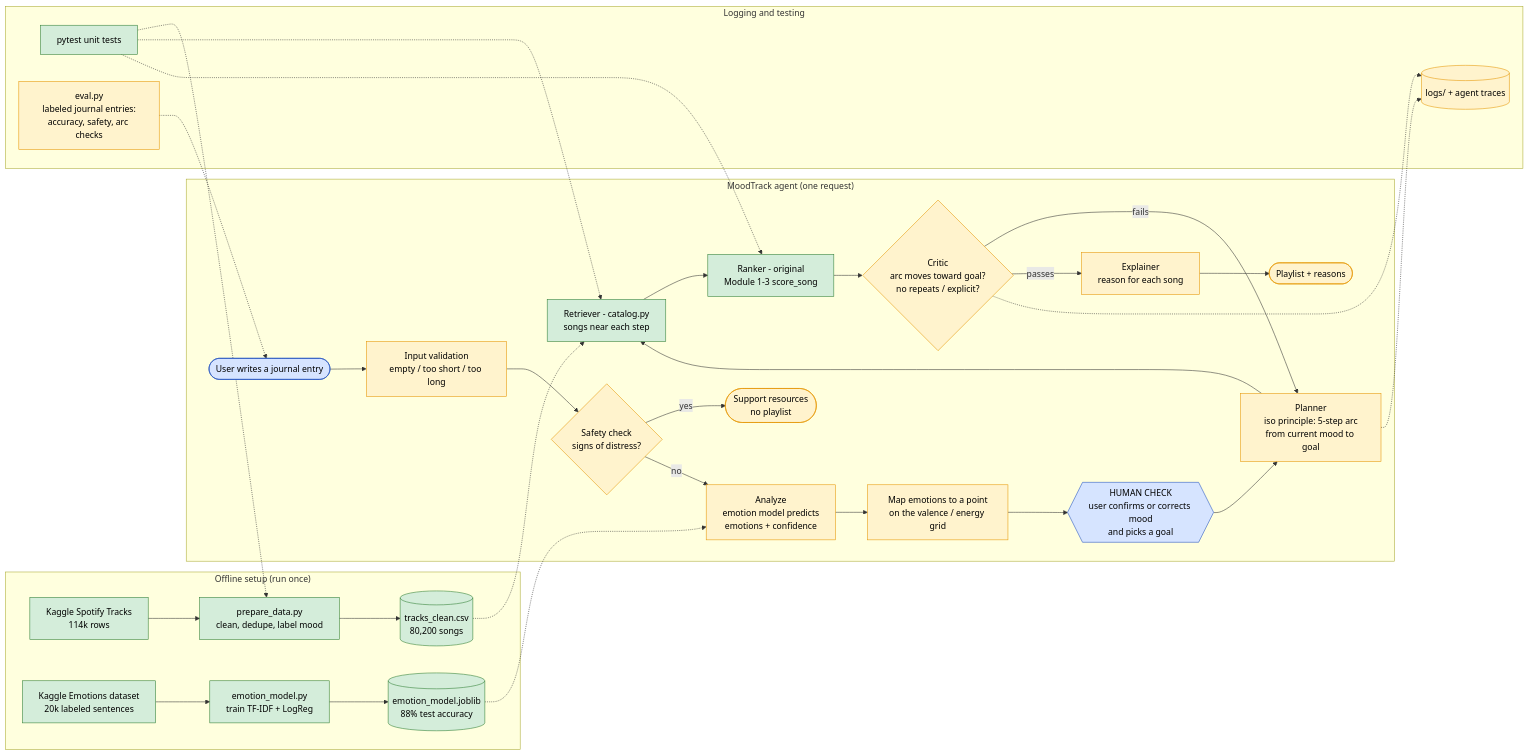
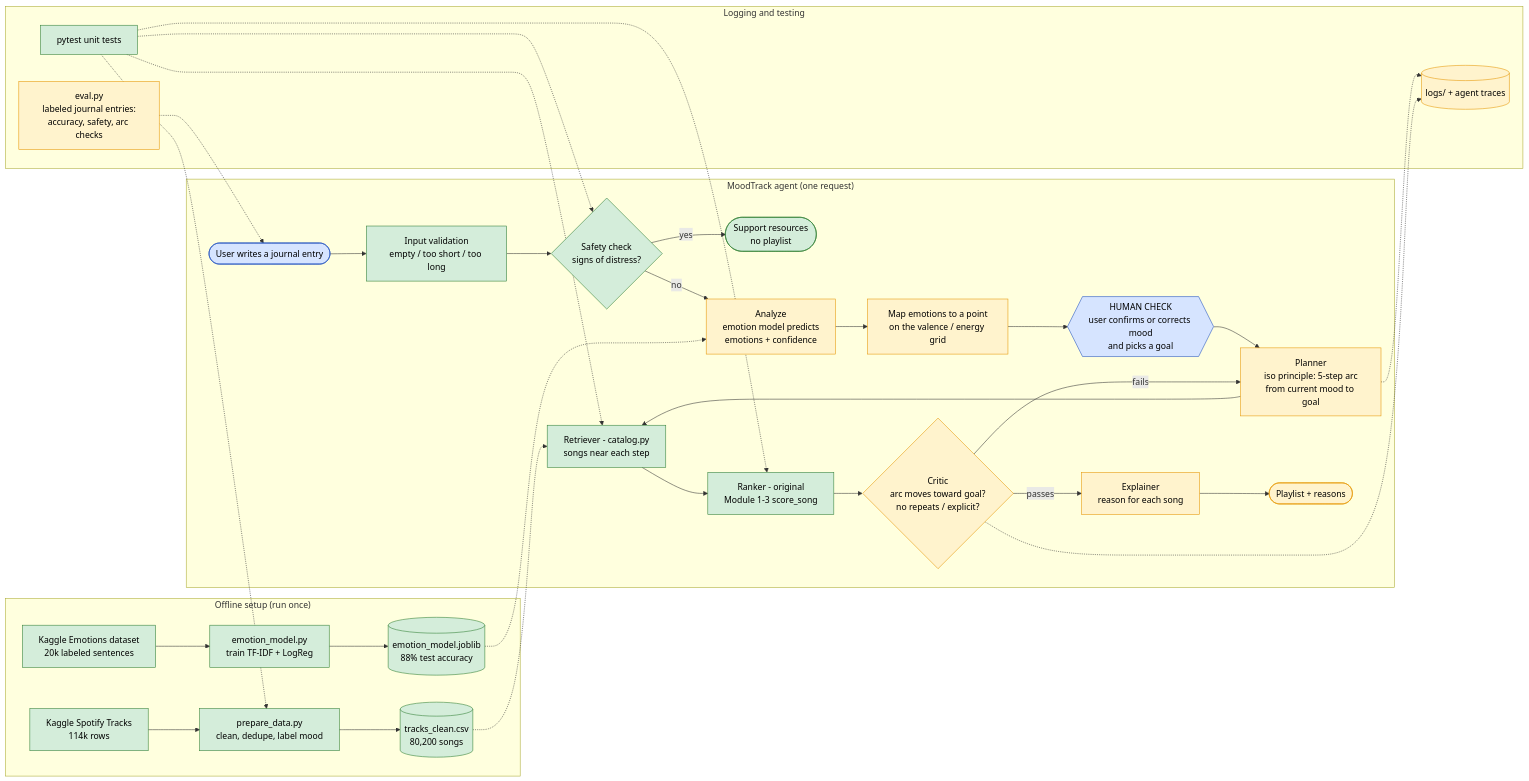
One commit to shrutimalsina/applied-ai-system-project-moodtrack changed the diagram in diagrams/architecture.mmd. Above: the diagram before and after it, drawn with Mermaid. The commit also changed 2 other files, not shown here.

Commit message:
Added input validation and safety check

```diff
--- a/diagrams/architecture.mmd
+++ b/diagrams/architecture.mmd
@@ -1,53 +1,54 @@
 %% MoodTrack system architecture (DRAFT - will be updated to match the final code)
 %% Green = built, Orange = planned
 %% Preview: paste into https://mermaid.live
 
 flowchart LR
     %% ---------- Offline: data + model preparation ----------
     subgraph PREP["Offline setup (run once)"]
         RAW["Kaggle Spotify Tracks<br/>114k rows"] --> CLEAN["prepare_data.py<br/>clean, dedupe, label mood"]
         CLEAN --> CAT[("tracks_clean.csv<br/>80,200 songs")]
         EMO_DATA["Kaggle Emotions dataset<br/>20k labeled sentences"] --> TRAIN["emotion_model.py<br/>train TF-IDF + LogReg"]
         TRAIN --> MODEL[("emotion_model.joblib<br/>88% test accuracy")]
     end
 
     %% ---------- Runtime: one user request ----------
     subgraph RUN["MoodTrack agent (one request)"]
         USER(["User writes a journal entry"]) --> VALID["Input validation<br/>empty / too short / too long"]
         VALID --> SAFETY{"Safety check<br/>signs of distress?"}
         SAFETY -- yes --> HELP(["Support resources<br/>no playlist"])
         SAFETY -- no --> ANALYZE["Analyze<br/>emotion model predicts<br/>emotions + confidence"]
         MODEL -.-> ANALYZE
         ANALYZE --> MAP["Map emotions to a point<br/>on the valence / energy grid"]
         MAP --> CLARIFY{{"HUMAN CHECK<br/>user confirms or corrects mood<br/>and picks a goal"}}
         CLARIFY --> PLAN["Planner<br/>iso principle: 5-step arc<br/>from current mood to goal"]
         PLAN --> RETRIEVE["Retriever - catalog.py<br/>songs near each step"]
         CAT -.-> RETRIEVE
         RETRIEVE --> RANK["Ranker - original<br/>Module 1-3 score_song"]
         RANK --> CRITIC{"Critic<br/>arc moves toward goal?<br/>no repeats / explicit?"}
         CRITIC -- fails --> PLAN
         CRITIC -- passes --> EXPLAIN["Explainer<br/>reason for each song"]
         EXPLAIN --> OUT(["Playlist + reasons"])
     end
 
     %% ---------- Logging and testing ----------
     subgraph CHECK["Logging and testing"]
         LOGS[("logs/ + agent traces")]
         TESTS["pytest unit tests"]
         EVAL["eval.py<br/>labeled journal entries:<br/>accuracy, safety, arc checks"]
     end
 
     PLAN -.-> LOGS
     CRITIC -.-> LOGS
     TESTS -.-> CLEAN
     TESTS -.-> RETRIEVE
     TESTS -.-> RANK
+    TESTS -.-> SAFETY
     EVAL -.-> USER
 
     classDef built fill:#d4edda,stroke:#2e7d32,color:#000
     classDef planned fill:#fff3cd,stroke:#e69500,color:#000
     classDef human fill:#d6e4ff,stroke:#1f4fbf,color:#000
 
-    class RAW,CLEAN,CAT,EMO_DATA,TRAIN,MODEL,RETRIEVE,RANK,TESTS built
-    class VALID,SAFETY,HELP,ANALYZE,MAP,PLAN,CRITIC,EXPLAIN,OUT,LOGS,EVAL planned
+    class RAW,CLEAN,CAT,EMO_DATA,TRAIN,MODEL,RETRIEVE,RANK,TESTS,VALID,SAFETY,HELP built
+    class ANALYZE,MAP,PLAN,CRITIC,EXPLAIN,OUT,LOGS,EVAL planned
     class USER,CLARIFY human
```
